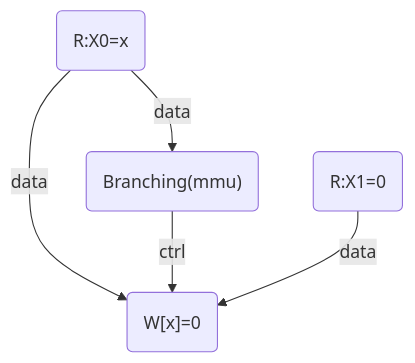
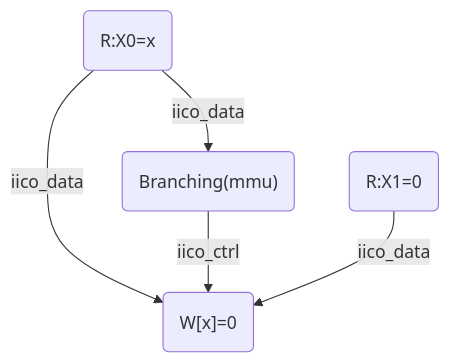
Before and after one commit to herd/herdtools7: the fourth of 4 diagrams in pac_tests/notes_wm.md, drawn with Mermaid. The commit also changed other lines of this file and 4 other files, not shown here.

````diff
--- a/pac_tests/notes_wm.md
+++ b/pac_tests/notes_wm.md
@@ -87,12 +86,12 @@
 ```mermaid
 graph TD;
     A("R:X0=x");
     B("Branching(mmu)");
     C("W[x]=0");
     D("R:X1=0");
 
-    A -->|data| B;
-    A -->|data| C;
-    B -->|ctrl| C;
-    D -->|data| C;
+    A -->|iico_data| B;
+    A -->|iico_data| C;
+    B -->|iico_ctrl| C;
+    D -->|iico_data| C;
 ```
````
